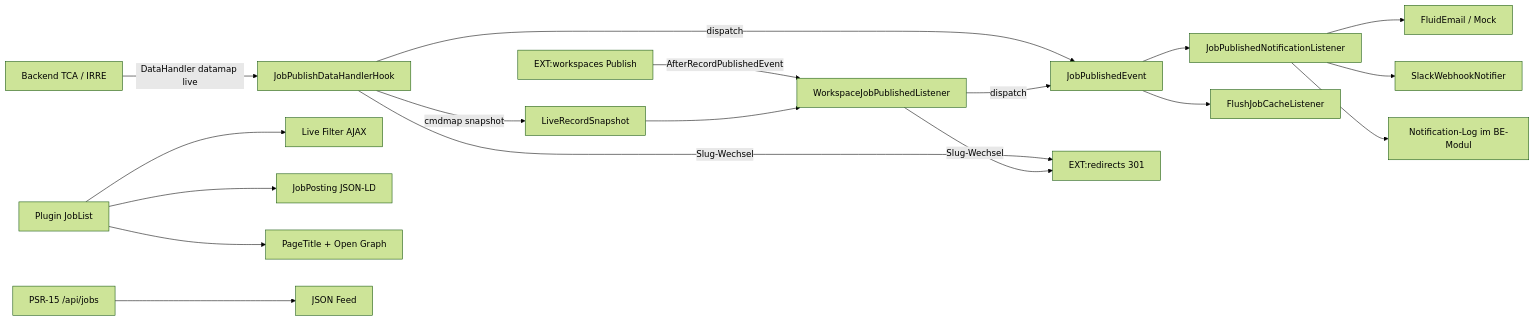
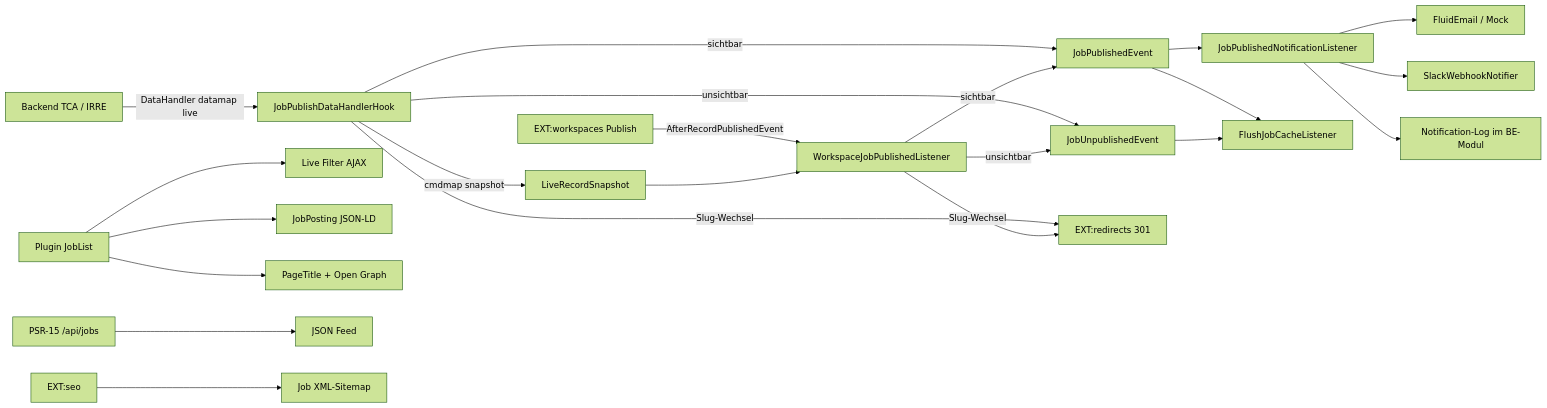
One commit to besucher80/smart-job-finder changed the diagram in README.md. Above: the diagram before and after it, drawn with Mermaid (forest theme). The commit also changed other lines of this file and 24 other files, not shown here.

````diff
--- a/README.md
+++ b/README.md
@@ -9,20 +9,24 @@
 ```mermaid
 flowchart LR
   BE[Backend TCA / IRRE] -->|DataHandler datamap live| Hook[JobPublishDataHandlerHook]
   Hook -->|cmdmap snapshot| Snap[LiveRecordSnapshot]
   WS[EXT:workspaces Publish] -->|AfterRecordPublishedEvent| WsL[WorkspaceJobPublishedListener]
   Snap --> WsL
-  Hook -->|dispatch| Event[JobPublishedEvent]
-  WsL -->|dispatch| Event
+  Hook -->|sichtbar| Event[JobPublishedEvent]
+  Hook -->|unsichtbar| Unpub[JobUnpublishedEvent]
+  WsL -->|sichtbar| Event
+  WsL -->|unsichtbar| Unpub
   Event --> Listener[JobPublishedNotificationListener]
   Event --> Cache[FlushJobCacheListener]
+  Unpub --> Cache
   Listener --> Mail[FluidEmail / Mock]
   Listener --> Slack[SlackWebhookNotifier]
   Listener --> Log[Notification-Log im BE-Modul]
   Hook -->|Slug-Wechsel| Redirects[EXT:redirects 301]
   WsL -->|Slug-Wechsel| Redirects
   FE[Plugin JobList] --> Filter[Live Filter AJAX]
   FE --> JsonLd[JobPosting JSON-LD]
   FE --> Seo[PageTitle + Open Graph]
   API[PSR-15 /api/jobs] --> JSON[JSON Feed]
+  SEO[EXT:seo] --> Sitemap[Job XML-Sitemap]
 ```
````
